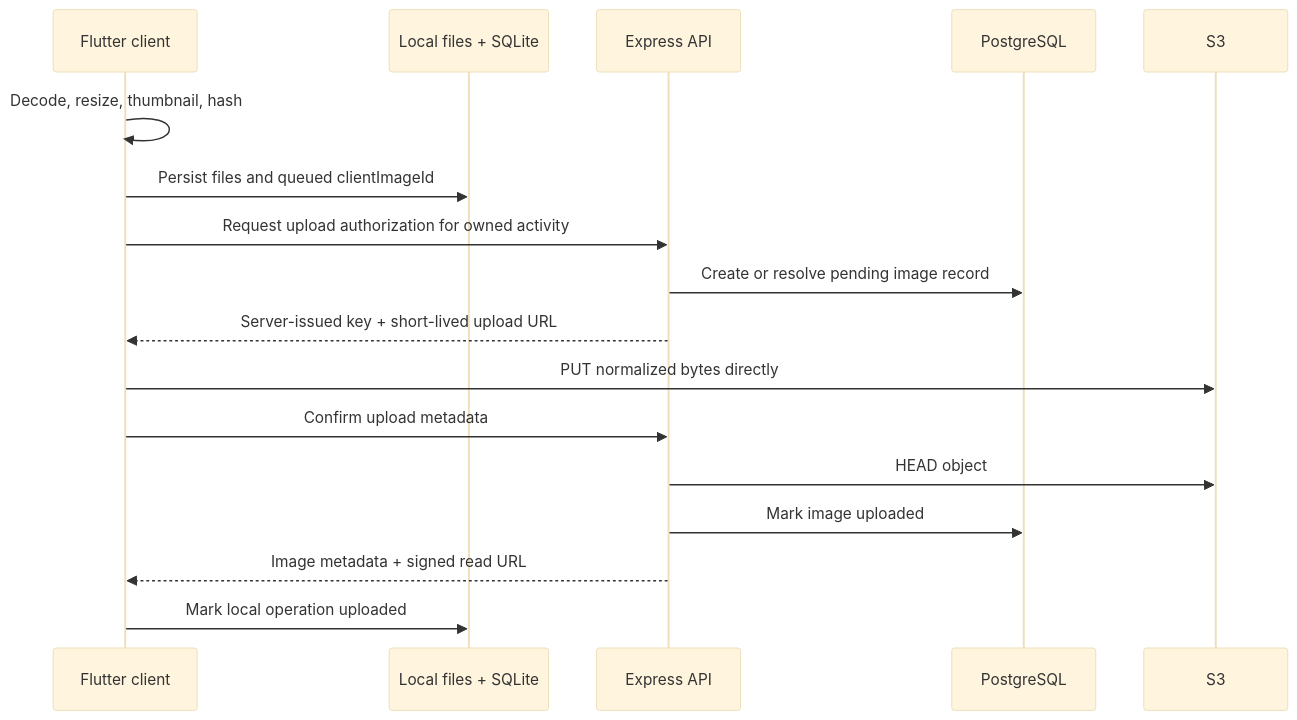
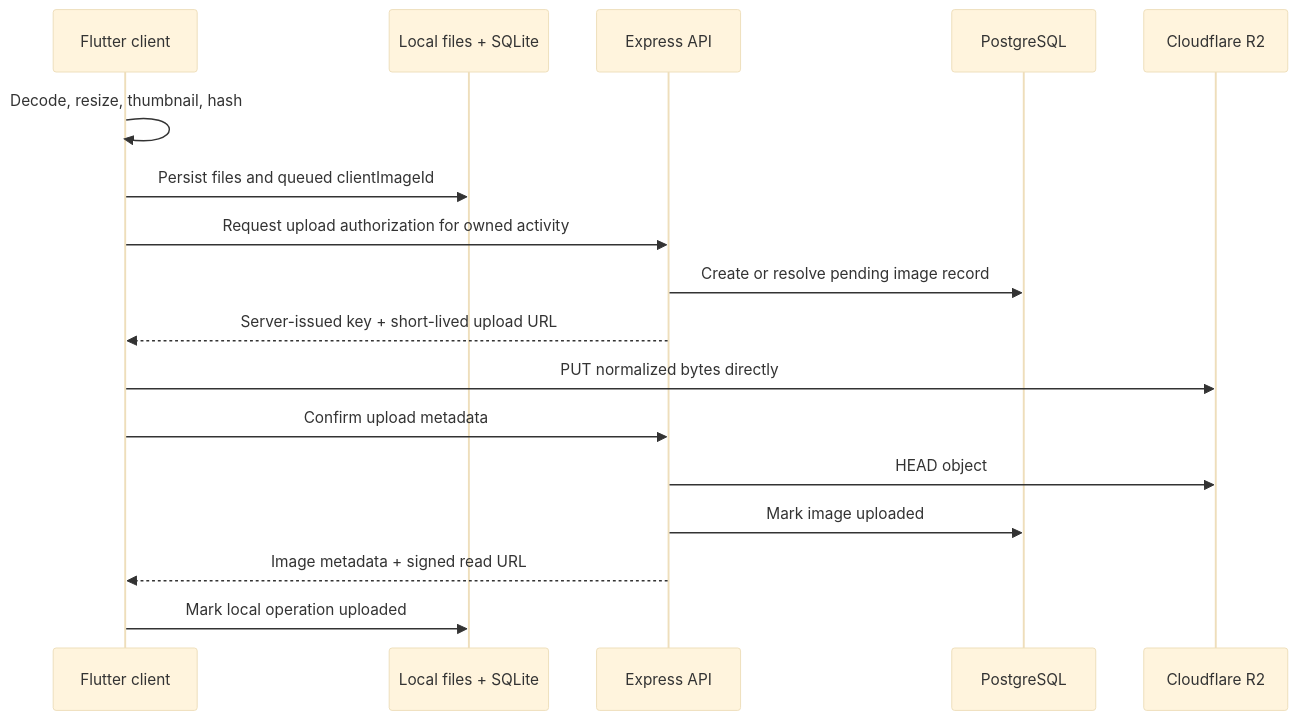
Before and after one commit to cosmicsaurabh/RythmRun: the third of 3 diagrams in README.md, drawn with Mermaid (base theme). The commit also changed other lines of this file and 73 other files, not shown here.

````diff
--- a/README.md
+++ b/README.md
@@ -123,20 +121,20 @@
 ```mermaid
 sequenceDiagram
     participant C as Flutter client
     participant L as Local files + SQLite
     participant A as Express API
     participant P as PostgreSQL
-    participant S as S3
+    participant R as Cloudflare R2
 
     C->>C: Decode, resize, thumbnail, hash
     C->>L: Persist files and queued clientImageId
     C->>A: Request upload authorization for owned activity
     A->>P: Create or resolve pending image record
     A-->>C: Server-issued key + short-lived upload URL
-    C->>S: PUT normalized bytes directly
+    C->>R: PUT normalized bytes directly
     C->>A: Confirm upload metadata
-    A->>S: HEAD object
+    A->>R: HEAD object
     A->>P: Mark image uploaded
     A-->>C: Image metadata + signed read URL
     C->>L: Mark local operation uploaded
 ```
````
